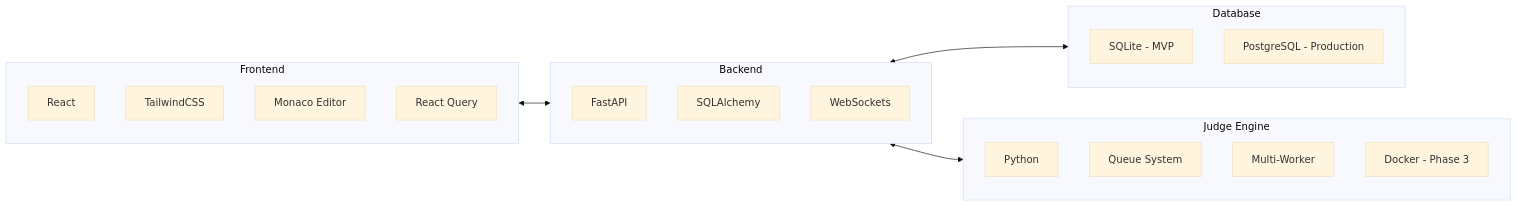
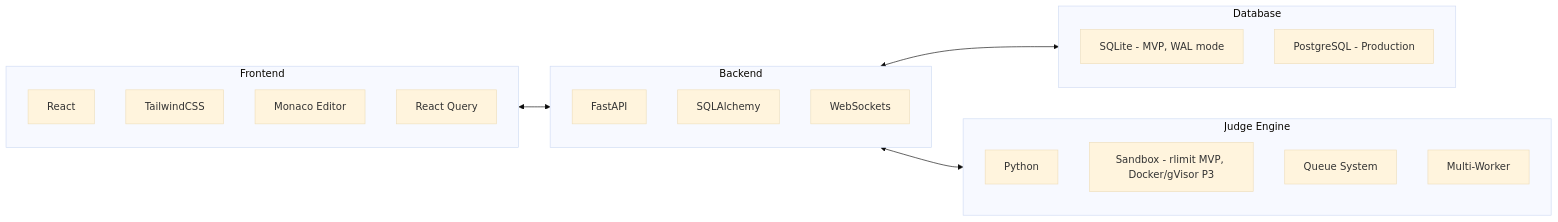
Before and after one commit to mrinmoyChakraborty-mrinox/ByteArena: the seventh of 8 diagrams in README.md, drawn with Mermaid (base theme). The commit also changed other lines of this file and 2 other files, not shown here.

Commit message:
feat: add detailed architecture documentation and execution roadmap

````diff
--- a/README.md
+++ b/README.md
@@ -158,31 +178,31 @@
 ```mermaid
 flowchart LR
     subgraph Frontend["Frontend"]
         RE[React]
         TW[TailwindCSS]
         ME[Monaco Editor]
         RQ[React Query]
     end
 
     subgraph Backend["Backend"]
         FA[FastAPI]
         SA[SQLAlchemy]
         WS[WebSockets]
     end
 
     subgraph Database["Database"]
-        SL[SQLite - MVP]
+        SL[SQLite - MVP, WAL mode]
         PG[PostgreSQL - Production]
     end
 
     subgraph Judge["Judge Engine"]
         PY[Python]
+        SB[Sandbox - rlimit MVP, Docker/gVisor P3]
         QS[Queue System]
         MW[Multi-Worker]
-        DK[Docker - Phase 3]
     end
 
     Frontend <--> Backend
     Backend <--> Database
     Backend <--> Judge
 ```
````
